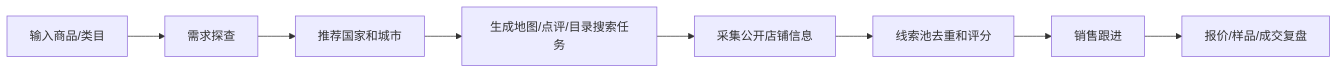
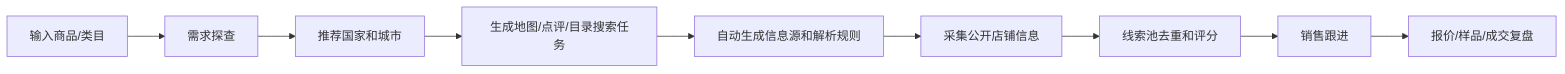
One commit to LeeTimeTrue1999/globaltrade-autopilot changed the diagram in docs/B2B_LEAD_GENERATION_PLAN.md. Above: the diagram before and after it, drawn with Mermaid. The commit also changed other lines of this file and 3 other files, not shown here.

````diff
--- a/docs/B2B_LEAD_GENERATION_PLAN.md
+++ b/docs/B2B_LEAD_GENERATION_PLAN.md
@@ -19,10 +19,11 @@
 ```mermaid
 flowchart LR
   A["输入商品/类目"] --> B["需求探查"]
   B --> C["推荐国家和城市"]
   C --> D["生成地图/点评/目录搜索任务"]
-  D --> E["采集公开店铺信息"]
-  E --> F["线索池去重和评分"]
-  F --> G["销售跟进"]
-  G --> H["报价/样品/成交复盘"]
+  D --> E["自动生成信息源和解析规则"]
+  E --> F["采集公开店铺信息"]
+  F --> G["线索池去重和评分"]
+  G --> H["销售跟进"]
+  H --> I["报价/样品/成交复盘"]
 ```
````
